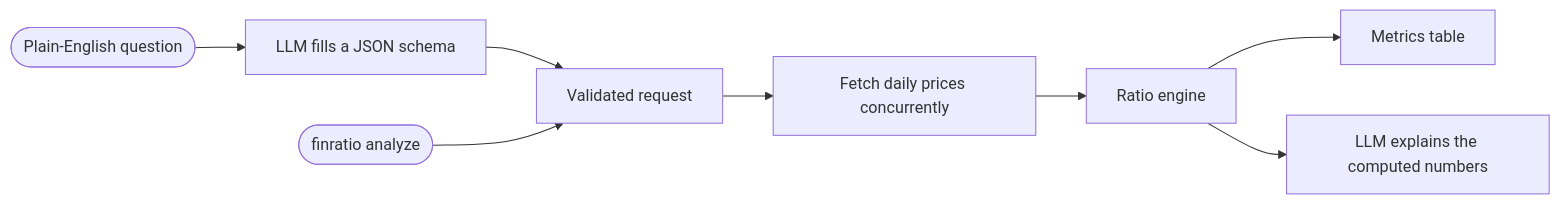
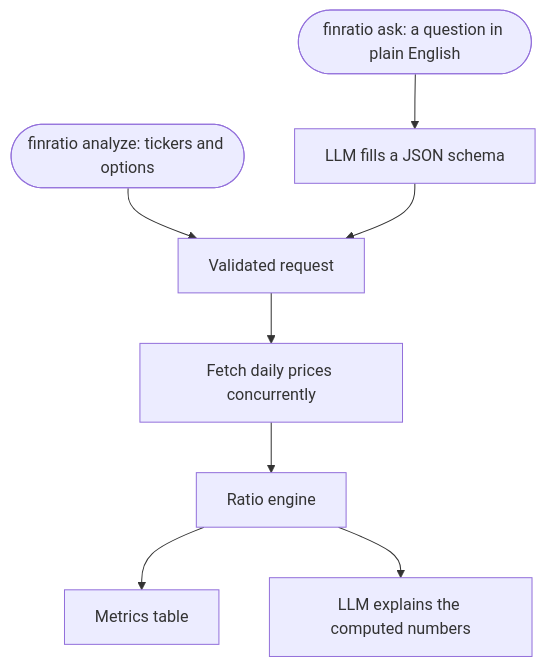
Before and after one commit to zhangyuan-nus/financial-ratio-llm: the diagram in README.md, drawn with Mermaid. The commit also changed other lines of this file, not shown here.

Commit message:
Fix formula and diagram rendering in README
GitHub treats \, inside inline math as an escaped comma, so drop the thin spaces, and lay the flowchart out top-down so its labels stay legible.

````diff
--- a/README.md
+++ b/README.md
@@ -39,10 +39,10 @@
 ```mermaid
-flowchart LR
-    Q([Plain-English question]) --> P[LLM fills a JSON schema]
-    P --> R[Validated request]
-    C([finratio analyze]) --> R
-    R --> F[Fetch daily prices concurrently]
-    F --> E[Ratio engine]
-    E --> T[Metrics table]
-    E --> X[LLM explains the computed numbers]
+flowchart TD
+    Q(["finratio ask: a question in plain English"]) --> P["LLM fills a JSON schema"]
+    C(["finratio analyze: tickers and options"]) --> R
+    P --> R["Validated request"]
+    R --> F["Fetch daily prices concurrently"]
+    F --> E["Ratio engine"]
+    E --> T["Metrics table"]
+    E --> X["LLM explains the computed numbers"]
 ```
````
